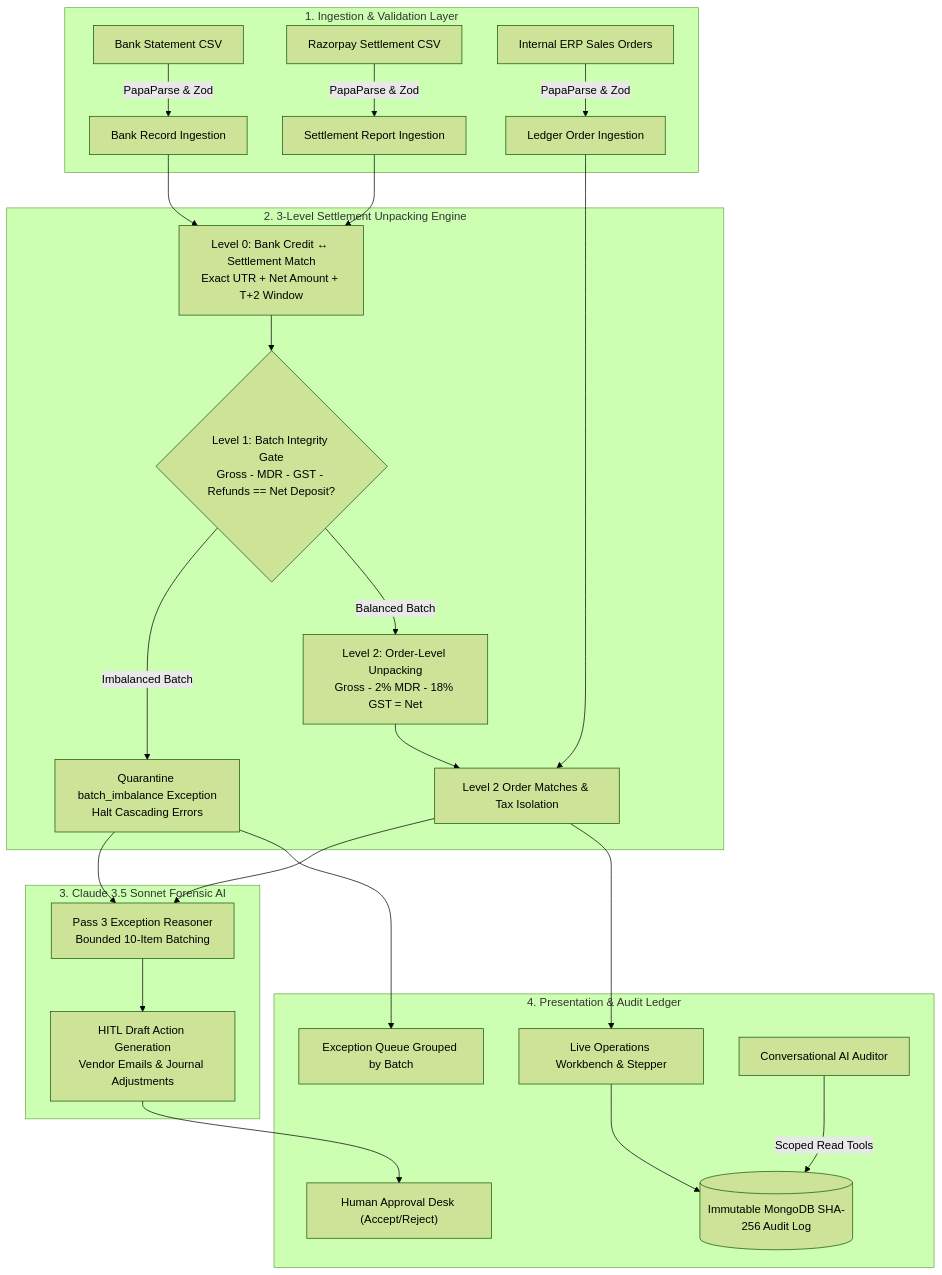
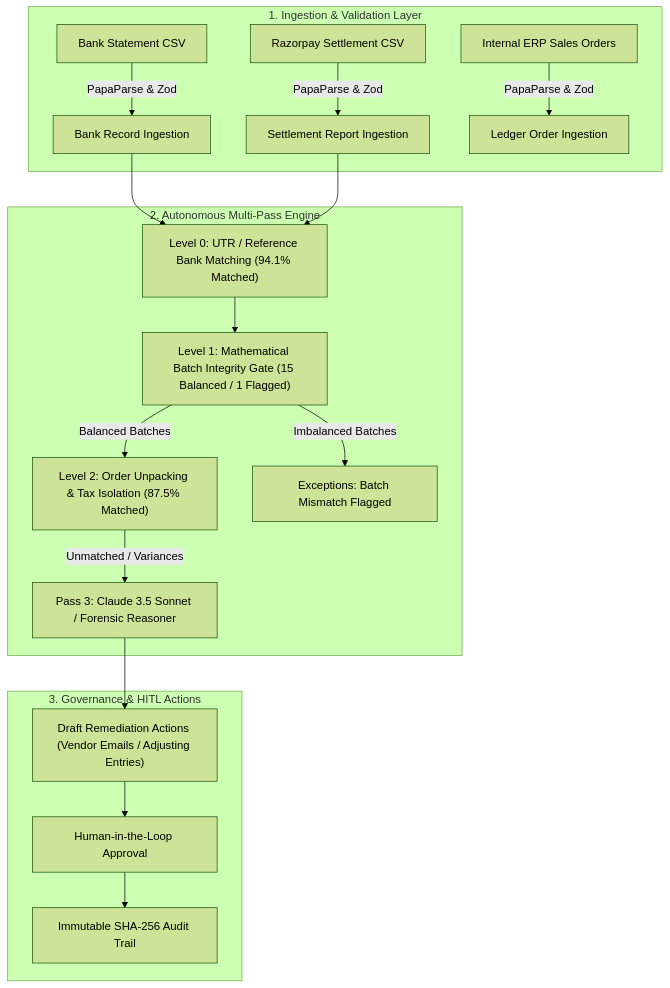
The diagram in README.md (Karan174Pareek/Reconcile-AI), drawn with Mermaid (forest theme) before and after one commit. The commit also changed other lines of this file and 9 other files, not shown here.

Commit message:
docs(submission): update README metrics, sync architecture & security docs, add demo script

````diff
--- a/README.md
+++ b/README.md
@@ -75,29 +71,22 @@
 ```mermaid
 flowchart TD
     subgraph INGESTION ["1. Ingestion & Validation Layer"]
         A["Bank Statement CSV"] -->|"PapaParse & Zod"| V1["Bank Record Ingestion"]
         B["Razorpay Settlement CSV"] -->|"PapaParse & Zod"| V2["Settlement Report Ingestion"]
         C["Internal ERP Sales Orders"] -->|"PapaParse & Zod"| V3["Ledger Order Ingestion"]
     end
 
-    subgraph ENGINE ["2. 3-Level Settlement Unpacking Engine"]
-        V1 & V2 --> L0["Level 0: Bank Credit ↔ Settlement Match<br/>Exact UTR + Net Amount + T+2 Window"]
-        L0 --> L1{"Level 1: Batch Integrity Gate<br/>Gross - MDR - GST - Refunds == Net Deposit?"}
-        L1 -->|"Imbalanced Batch"| EX1["Quarantine batch_imbalance Exception<br/>Halt Cascading Errors"]
-        L1 -->|"Balanced Batch"| L2["Level 2: Order-Level Unpacking<br/>Gross - 2% MDR - 18% GST = Net"]
-        L2 & V3 --> MAT["Level 2 Order Matches & Tax Isolation"]
+    subgraph ENGINE ["2. Autonomous Multi-Pass Engine"]
+        V1 & V2 --> L0["Level 0: UTR / Reference Bank Matching (94.1% Matched)"]
+        L0 --> L1["Level 1: Mathematical Batch Integrity Gate (15 Balanced / 1 Flagged)"]
+        L1 -->|Balanced Batches| L2["Level 2: Order Unpacking & Tax Isolation (87.5% Matched)"]
+        L1 -->|Imbalanced Batches| EX1["Exceptions: Batch Mismatch Flagged"]
+        L2 -->|Unmatched / Variances| P3["Pass 3: Claude 3.5 Sonnet / Forensic Reasoner"]
     end
 
-    subgraph REASONING ["3. Claude 3.5 Sonnet Forensic AI"]
-        MAT & EX1 --> P3["Pass 3 Exception Reasoner<br/>Bounded 10-Item Batching"]
-        P3 --> HITL["HITL Draft Action Generation<br/>Vendor Emails & Journal Adjustments"]
-    end
-
-    subgraph INTERFACE ["4. Presentation & Audit Ledger"]
-        MAT --> DASH["Live Operations Workbench & Stepper"]
-        EX1 --> EXQ["Exception Queue Grouped by Batch"]
-        HITL --> DRAFT["Human Approval Desk (Accept/Reject)"]
-        DASH --> AUDIT[("Immutable MongoDB SHA-256 Audit Log")]
-        AGENT["Conversational AI Auditor"] -->|"Scoped Read Tools"| AUDIT
+    subgraph AUDIT ["3. Governance & HITL Actions"]
+        P3 --> DRAFT["Draft Remediation Actions (Vendor Emails / Adjusting Entries)"]
+        DRAFT --> HITL["Human-in-the-Loop Approval"]
+        HITL --> ALOG["Immutable SHA-256 Audit Trail"]
     end
 ```
````
